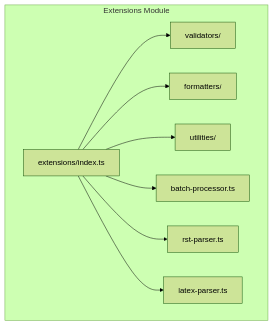
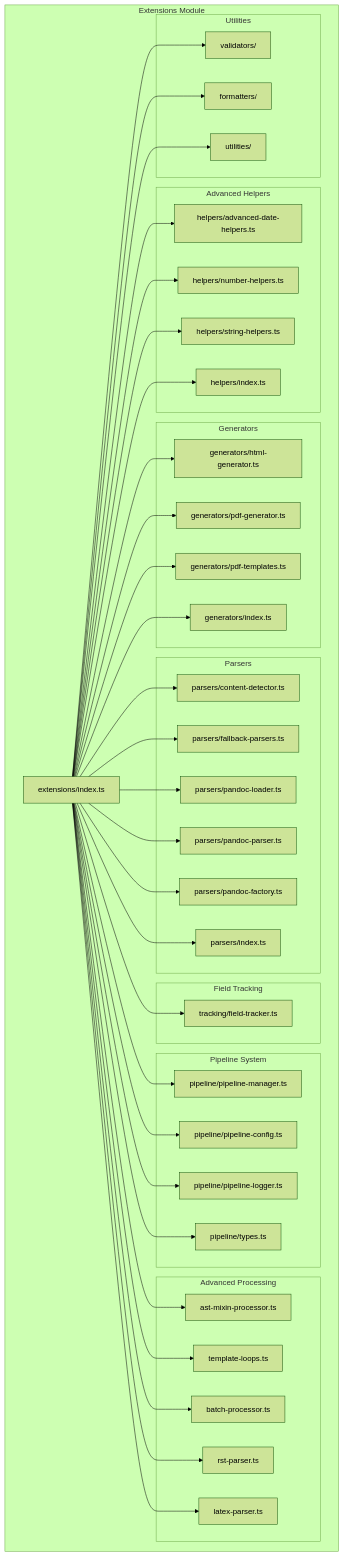
The fourth of 25 diagrams in docs/ARCHITECTURE.md (petalo/legal-markdown-js), drawn with Mermaid (forest theme) before and after one commit. The commit also changed other lines of this file and 50 other files, not shown here.

First line of the commit message:
refactor: reorganize src/ directory into core/extensions architecture

````diff
--- a/docs/ARCHITECTURE.md
+++ b/docs/ARCHITECTURE.md
@@ -187,20 +199,82 @@
 ```mermaid
 graph TB
     subgraph "Extensions Module"
         EXT[extensions/index.ts]
 
-        VALID[validators/]
-        FORMAT[formatters/]
-        UTIL[utilities/]
-        BATCH[batch-processor.ts]
-        RST[rst-parser.ts]
-        LATEX[latex-parser.ts]
+        subgraph "Advanced Helpers"
+            ADV_DATE[helpers/advanced-date-helpers.ts]
+            NUM_H[helpers/number-helpers.ts]
+            STR_H[helpers/string-helpers.ts]
+            HELP_IDX[helpers/index.ts]
+        end
+
+        subgraph "Generators"
+            HTML_G[generators/html-generator.ts]
+            PDF_G[generators/pdf-generator.ts]
+            PDF_T[generators/pdf-templates.ts]
+            GEN_IDX[generators/index.ts]
+        end
+
+        subgraph "Parsers"
+            CONTENT_D[parsers/content-detector.ts]
+            FALLBACK_P[parsers/fallback-parsers.ts]
+            PANDOC_L[parsers/pandoc-loader.ts]
+            PANDOC_P[parsers/pandoc-parser.ts]
+            PANDOC_F[parsers/pandoc-factory.ts]
+            PARS_IDX[parsers/index.ts]
+        end
+
+        subgraph "Field Tracking"
+            FIELD_T[tracking/field-tracker.ts]
+        end
+
+        subgraph "Pipeline System"
+            PIPELINE_M[pipeline/pipeline-manager.ts]
+            PIPELINE_C[pipeline/pipeline-config.ts]
+            PIPELINE_L[pipeline/pipeline-logger.ts]
+            PIPELINE_T[pipeline/types.ts]
+        end
+
+        subgraph "Advanced Processing"
+            AST_MIXIN[ast-mixin-processor.ts]
+            TEMPLATE_L[template-loops.ts]
+            BATCH[batch-processor.ts]
+            RST[rst-parser.ts]
+            LATEX[latex-parser.ts]
+        end
+
+        subgraph "Utilities"
+            VALID[validators/]
+            FORMAT[formatters/]
+            UTIL[utilities/]
+        end
     end
 
+    EXT --> ADV_DATE
+    EXT --> NUM_H
+    EXT --> STR_H
+    EXT --> HELP_IDX
+    EXT --> HTML_G
+    EXT --> PDF_G
+    EXT --> PDF_T
+    EXT --> GEN_IDX
+    EXT --> CONTENT_D
+    EXT --> FALLBACK_P
+    EXT --> PANDOC_L
+    EXT --> PANDOC_P
+    EXT --> PANDOC_F
+    EXT --> PARS_IDX
+    EXT --> FIELD_T
+    EXT --> PIPELINE_M
+    EXT --> PIPELINE_C
+    EXT --> PIPELINE_L
+    EXT --> PIPELINE_T
+    EXT --> AST_MIXIN
+    EXT --> TEMPLATE_L
+    EXT --> BATCH
+    EXT --> RST
+    EXT --> LATEX
     EXT --> VALID
     EXT --> FORMAT
     EXT --> UTIL
-    EXT --> BATCH
-    EXT --> RST
-    EXT --> LATEX
 ```
````
